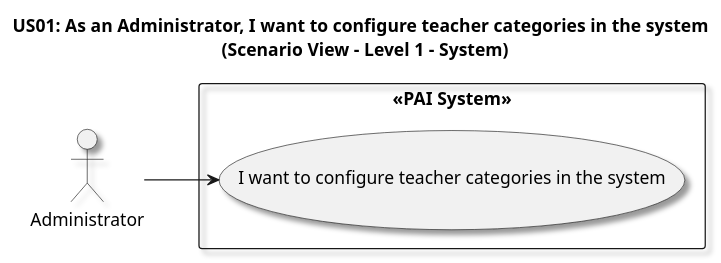
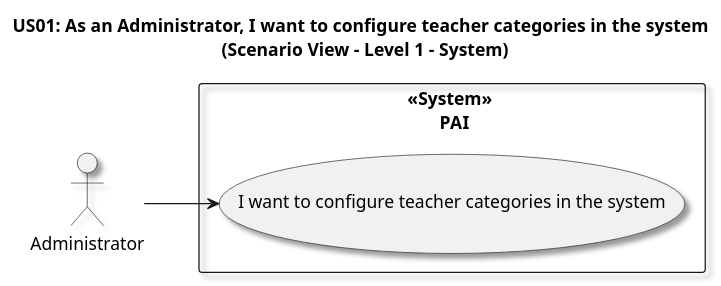
The diagram in docs/US01/Sprint6_RestAPI/ScenarioView/Leve1.puml (GasparISEP/DevOps-PAI), drawn with PlantUML before and after one commit. The commit also changed 5 other files, not shown here.

```diff
--- a/docs/US01/Sprint6_RestAPI/ScenarioView/Leve1.puml
+++ b/docs/US01/Sprint6_RestAPI/ScenarioView/Leve1.puml
@@ -1,19 +1,19 @@
 @startuml
 
 title US01: As an Administrator, I want to configure teacher categories in the system \n (Scenario View - Level 1 - System)
 
 skinparam defaultTextAlignment center
 skinparam shadowing true
 
 left to right direction
 skinparam packageStyle rectangle
 
 actor "Administrator" as admin
 
-rectangle "<<PAI System>>" {
+rectangle "<<System>> \n PAI" {
     usecase "I want to configure teacher categories in the system" as UC01
 }
 
 admin --> UC01
 
 @enduml
```
